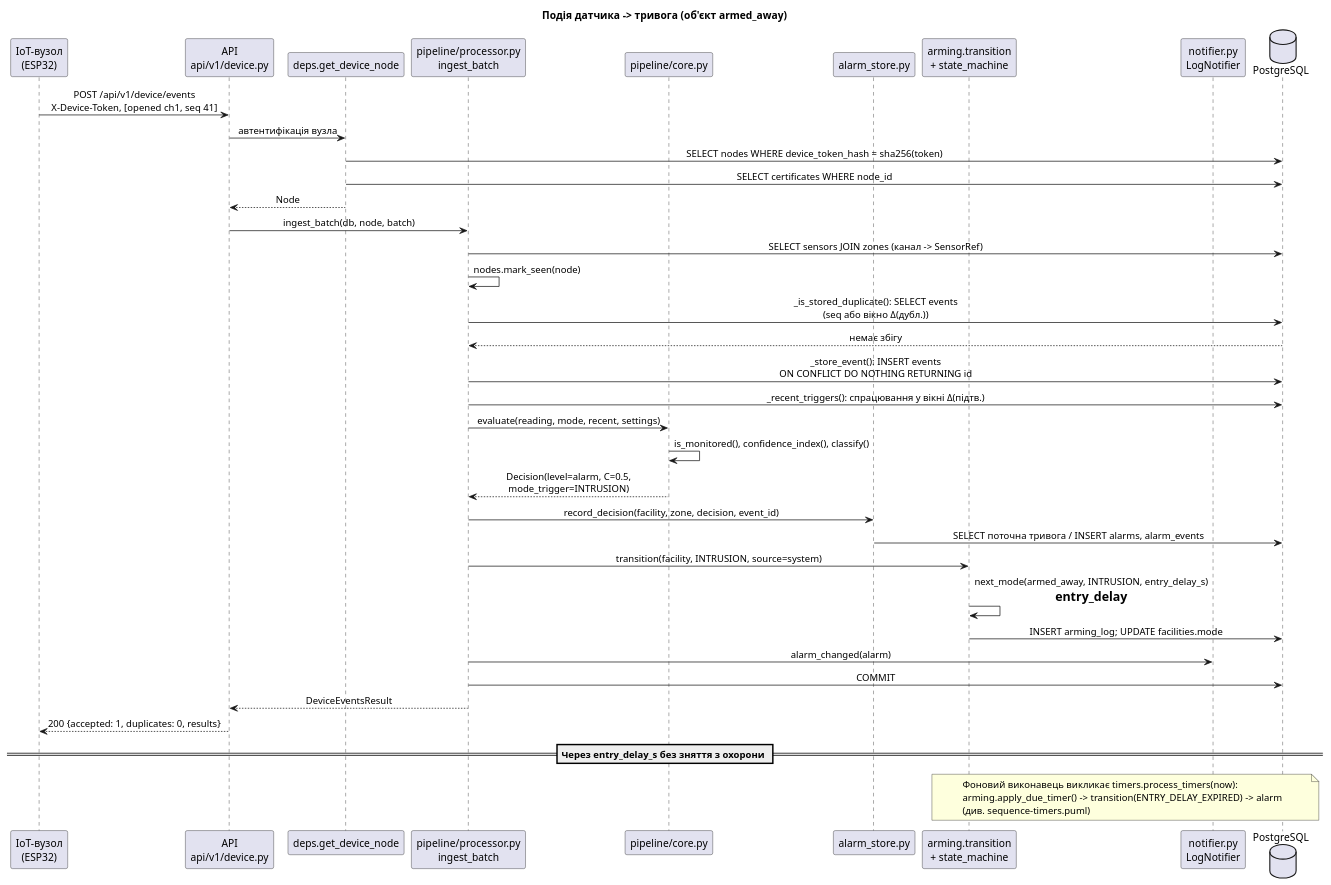
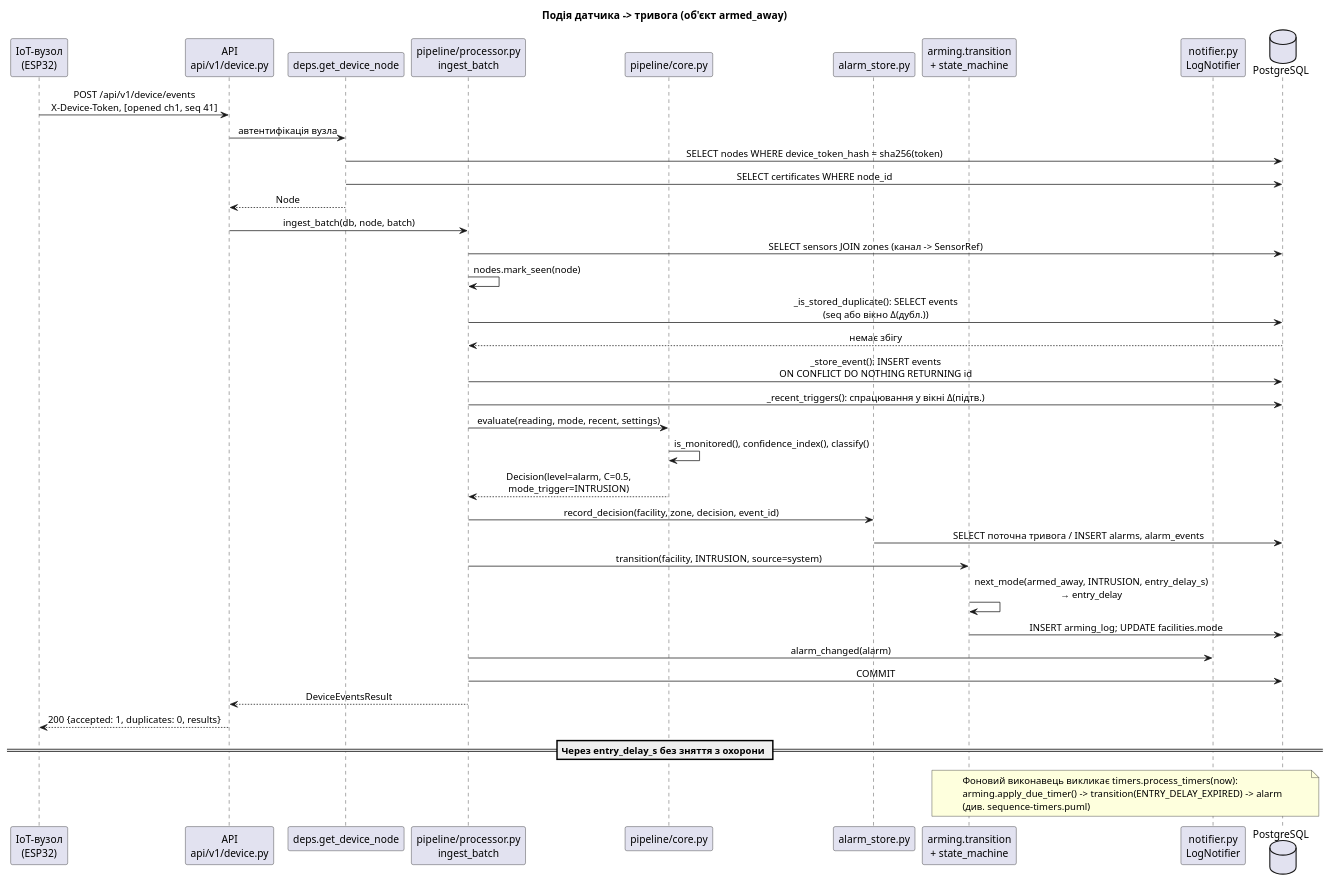
One commit to NureDribnytsiaNazar/oberih changed the diagram in docs/diagrams/sequence-event-to-alarm.puml. Above: the diagram before and after it, drawn with PlantUML. The commit also changed 5 other files, not shown here.

```diff
--- a/docs/diagrams/sequence-event-to-alarm.puml
+++ b/docs/diagrams/sequence-event-to-alarm.puml
@@ -1,50 +1,50 @@
 @startuml sequence-event-to-alarm
 ' Діаграма взаємодії: від події вузла до тривоги та журналу.
 ' Імена відповідають модулям і функціям у server/app.
 skinparam shadowing false
 skinparam defaultFontName Arial
 skinparam sequenceMessageAlign center
 title Подія датчика -> тривога (об'єкт armed_away)
 
 participant "IoT-вузол\n(ESP32)" as Node
 participant "API\napi/v1/device.py" as Api
 participant "deps.get_device_node" as Deps
 participant "pipeline/processor.py\ningest_batch" as Proc
 participant "pipeline/core.py" as Core
 participant "alarm_store.py" as Store
 participant "arming.transition\n+ state_machine" as Fsm
 participant "notifier.py\nLogNotifier" as Notify
 database "PostgreSQL" as Db
 
 Node -> Api : POST /api/v1/device/events\nX-Device-Token, [opened ch1, seq 41]
 Api -> Deps : автентифікація вузла
 Deps -> Db : SELECT nodes WHERE device_token_hash = sha256(token)
 Deps -> Db : SELECT certificates WHERE node_id
 Deps --> Api : Node
 Api -> Proc : ingest_batch(db, node, batch)
 Proc -> Db : SELECT sensors JOIN zones (канал -> SensorRef)
 Proc -> Proc : nodes.mark_seen(node)
 Proc -> Db : _is_stored_duplicate(): SELECT events\n(seq або вікно Δ(дубл.))
 Db --> Proc : немає збігу
 Proc -> Db : _store_event(): INSERT events\nON CONFLICT DO NOTHING RETURNING id
 Proc -> Db : _recent_triggers(): спрацювання у вікні Δ(підтв.)
 Proc -> Core : evaluate(reading, mode, recent, settings)
 Core -> Core : is_monitored(), confidence_index(), classify()
 Core --> Proc : Decision(level=alarm, C=0.5,\nmode_trigger=INTRUSION)
 Proc -> Store : record_decision(facility, zone, decision, event_id)
 Store -> Db : SELECT поточна тривога / INSERT alarms, alarm_events
 Proc -> Fsm : transition(facility, INTRUSION, source=system)
-Fsm -> Fsm : next_mode(armed_away, INTRUSION, entry_delay_s)\n= entry_delay
+Fsm -> Fsm : next_mode(armed_away, INTRUSION, entry_delay_s)\n→ entry_delay
 Fsm -> Db : INSERT arming_log; UPDATE facilities.mode
 Proc -> Notify : alarm_changed(alarm)
 Proc -> Db : COMMIT
 Proc --> Api : DeviceEventsResult
 Api --> Node : 200 {accepted: 1, duplicates: 0, results}
 
 == Через entry_delay_s без зняття з охорони ==
 note over Fsm, Db
   Фоновий виконавець викликає timers.process_timers(now):
   arming.apply_due_timer() -> transition(ENTRY_DELAY_EXPIRED) -> alarm
   (див. sequence-timers.puml)
 end note
 @enduml
```
